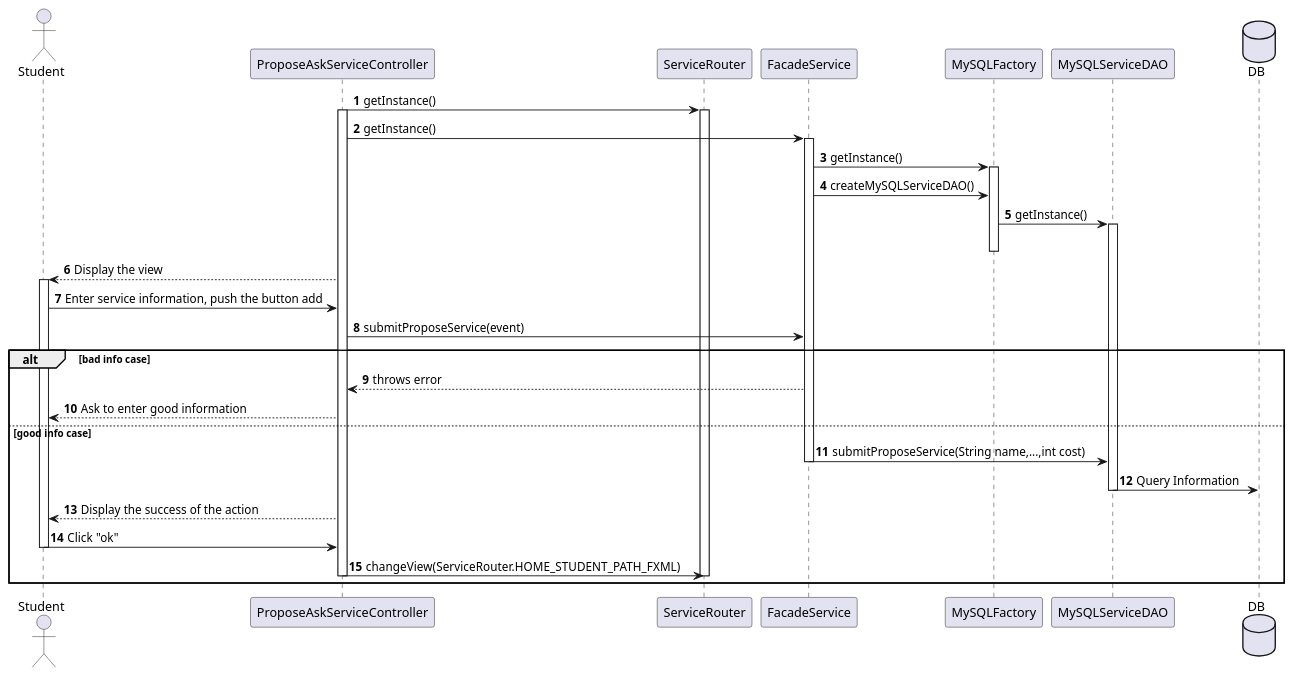
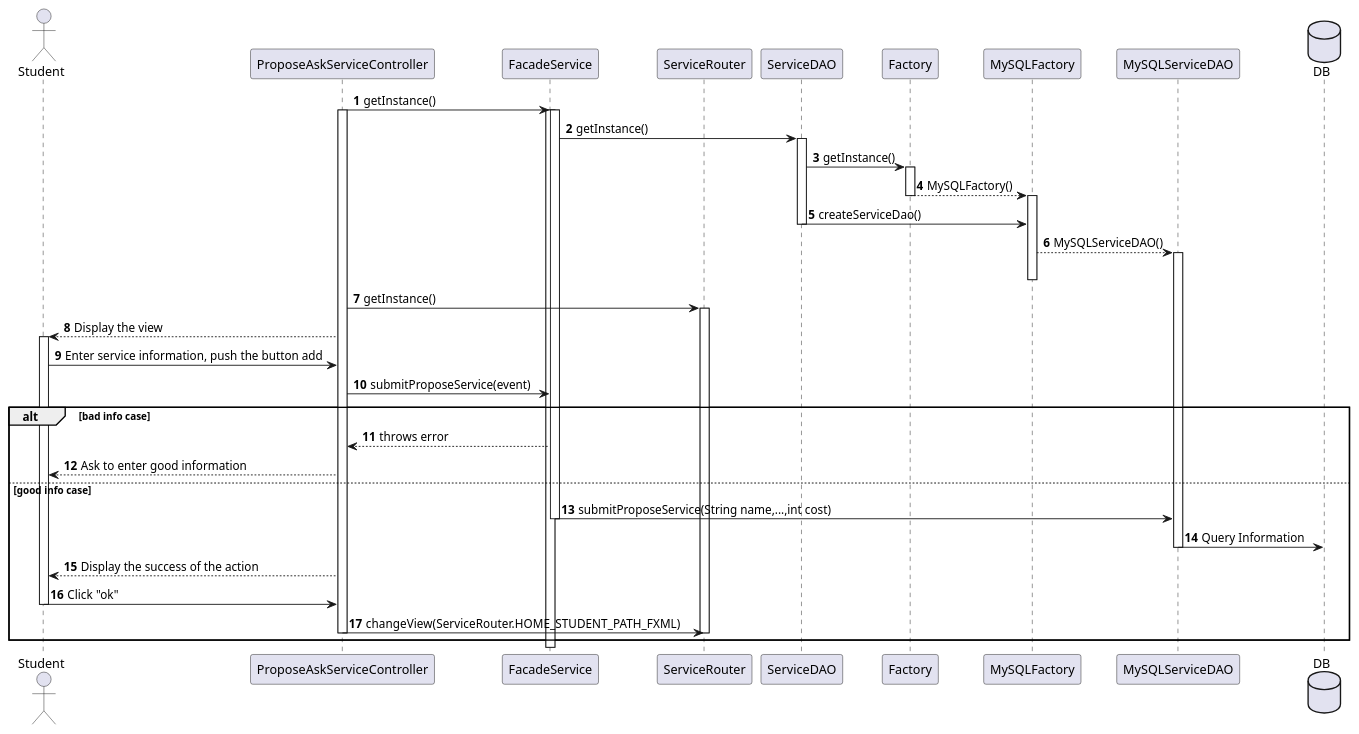
Before and after one commit to guiguie34/StudEasy: the diagram in project_diagrams/sequenceDiagrams/serviceManagement.puml, drawn with PlantUML. The commit also changed 2 other files, not shown here.

Commit message:
V3 partnerManagement.puml, pointManagement.puml, serviceManagement.puml

```diff
--- a/project_diagrams/sequenceDiagrams/serviceManagement.puml
+++ b/project_diagrams/sequenceDiagrams/serviceManagement.puml
@@ -1,38 +1,48 @@
 @startuml
 autonumber
 actor Student
-ProposeAskServiceController -> ServiceRouter : getInstance()
+ProposeAskServiceController -> FacadeService : getInstance()
 activate ProposeAskServiceController
-activate ServiceRouter
-ProposeAskServiceController -> FacadeService : getInstance()
 activate FacadeService
-FacadeService -> MySQLFactory : getInstance()
 
+participant ServiceRouter
+activate FacadeService
+FacadeService -> ServiceDAO : getInstance()
+activate ServiceDAO
+ServiceDAO -> Factory : getInstance()
+
+activate Factory
+Factory --> MySQLFactory : MySQLFactory()
+deactivate Factory
 activate MySQLFactory
-
-FacadeService -> MySQLFactory : createMySQLServiceDAO()
-MySQLFactory -> MySQLServiceDAO : getInstance()
+ServiceDAO -> MySQLFactory : createServiceDao()
+deactivate ServiceDAO
+MySQLFactory --> MySQLServiceDAO : MySQLServiceDAO()
 activate MySQLServiceDAO
 deactivate MySQLFactory
+
+ProposeAskServiceController -> ServiceRouter : getInstance()
+
+activate ServiceRouter
 
 ProposeAskServiceController --> Student : Display the view
 activate Student
 Student -> ProposeAskServiceController : Enter service information, push the button add
 ProposeAskServiceController -> FacadeService : submitProposeService(event)
 alt bad info case
     FacadeService --> ProposeAskServiceController : throws error
     ProposeAskServiceController --> Student : Ask to enter good information
 else good info case
     FacadeService -> MySQLServiceDAO : submitProposeService(String name,...,int cost)
     deactivate FacadeService
     database DB
     MySQLServiceDAO -> DB : Query Information
     deactivate MySQLServiceDAO
     ProposeAskServiceController --> Student : Display the success of the action
     Student -> ProposeAskServiceController : Click "ok"
     deactivate Student
     ProposeAskServiceController -> ServiceRouter : changeView(ServiceRouter.HOME_STUDENT_PATH_FXML)
     deactivate ProposeAskServiceController
     deactivate ServiceRouter
 end
 @enduml
```
